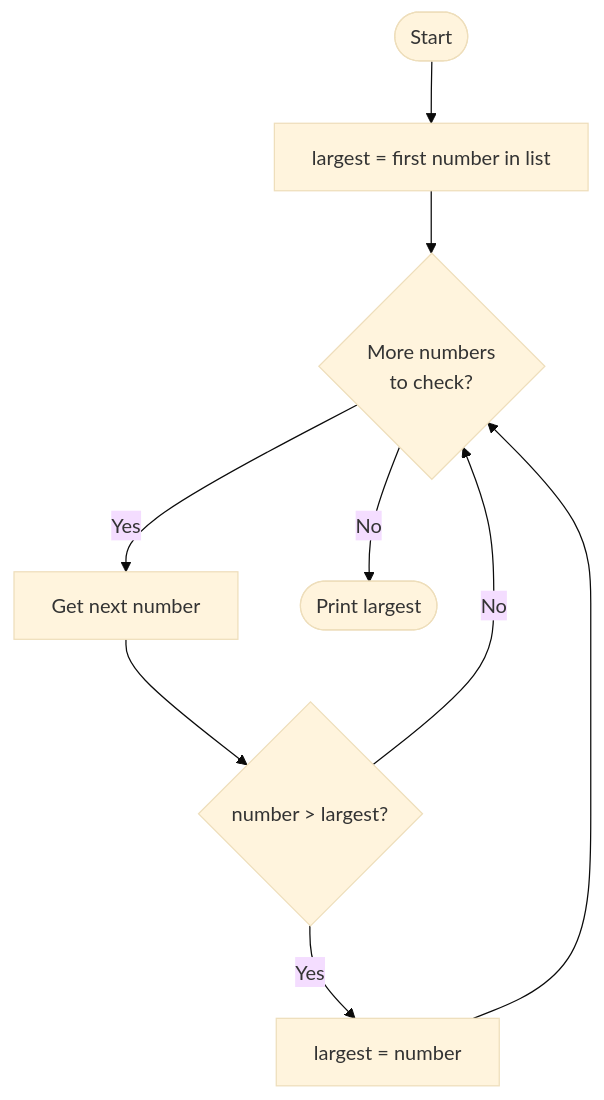
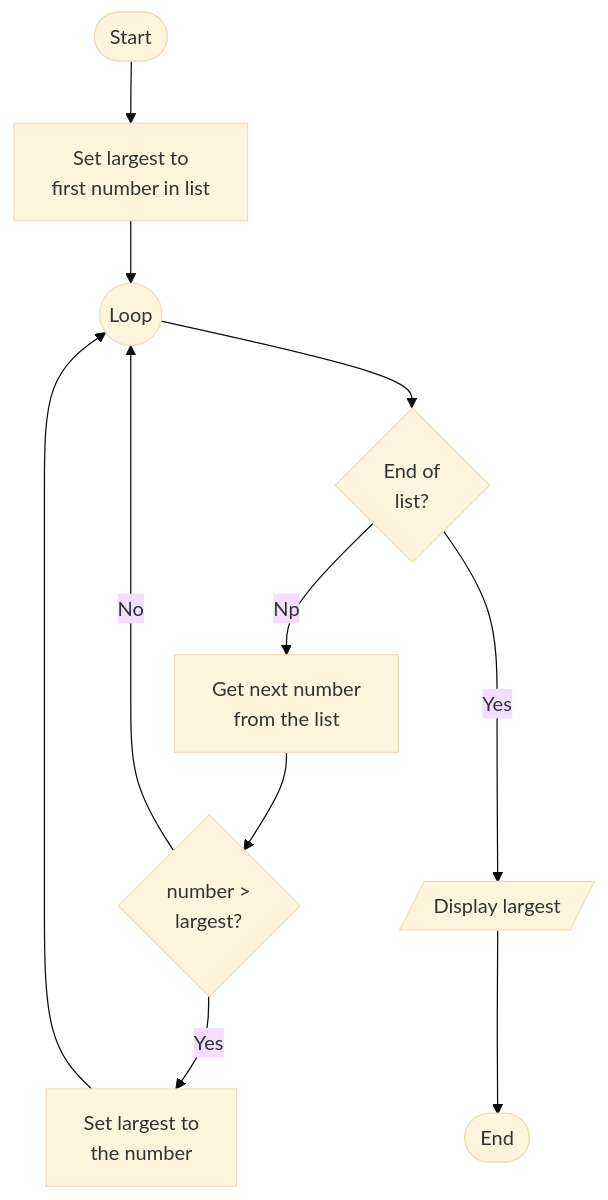
One commit to waimea-dt/how-do-i changed the diagram in docs/programming/algorithms/index.md. Above: the diagram before and after it, drawn with Mermaid (base theme). The commit also changed other lines of this file, not shown here.

````diff
--- a/docs/programming/algorithms/index.md
+++ b/docs/programming/algorithms/index.md
@@ -82,11 +84,19 @@
 ```mermaid
 flowchart TD
-    A([Start]) --> B[largest = first number in list]
-    B --> C{More numbers\nto check?}
-    C -- Yes --> D[Get next number]
-    D --> E{number > largest?}
-    E -- Yes --> F[largest = number]
-    E -- No --> C
-    F --> C
-    C -- No --> G([Print largest])
+    start([Start])
+    init["Set largest to<br>first number in list"]
+    loop((Loop))
+    more{"End of<br>list?"}
+    next["Get next number<br>from the list"]
+    largest{"number ><br>largest?"}
+    keep["Set largest to<br>the number"]
+    show[/"Display largest"/]
+    done([End])
+
+    start --> init --> loop --> more
+    more -- Np --> next
+    more -- Yes ---> show --> done
+    next --> largest
+    largest -- No --> loop
+    largest -- Yes --> keep --> loop
 ```
````
